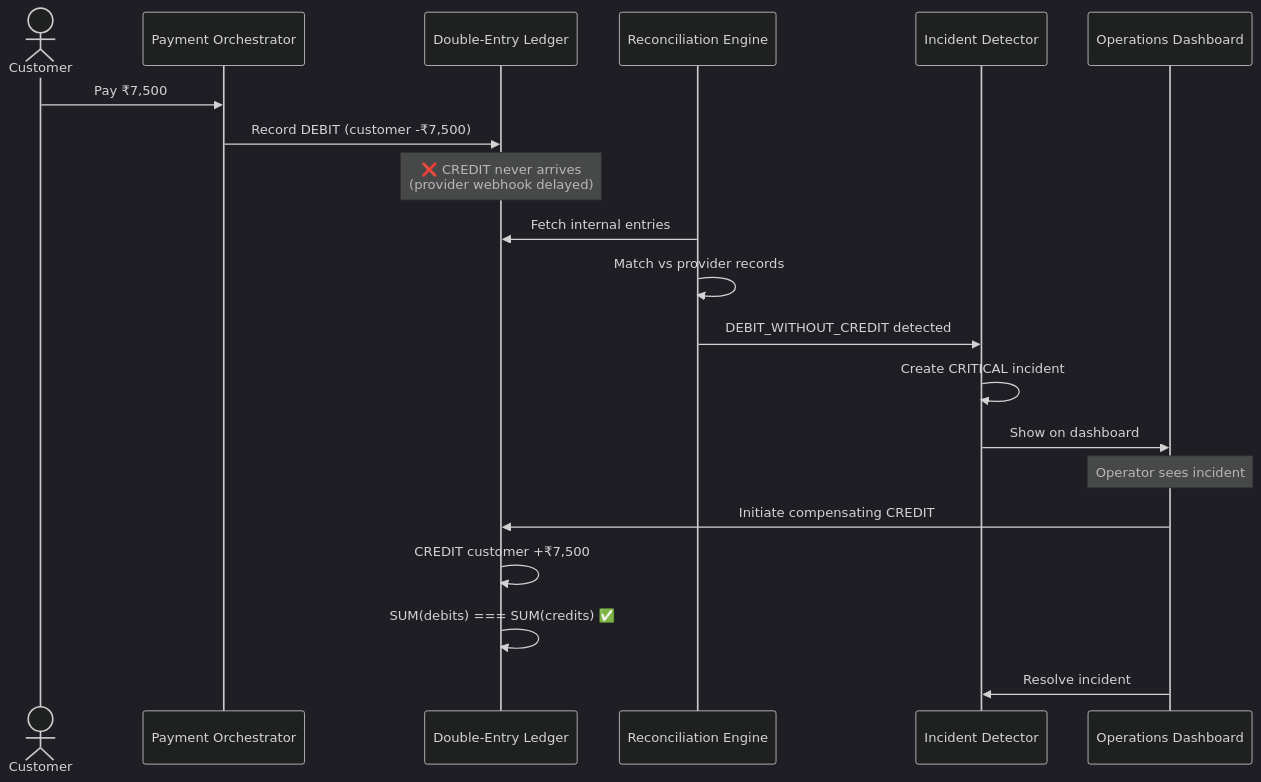
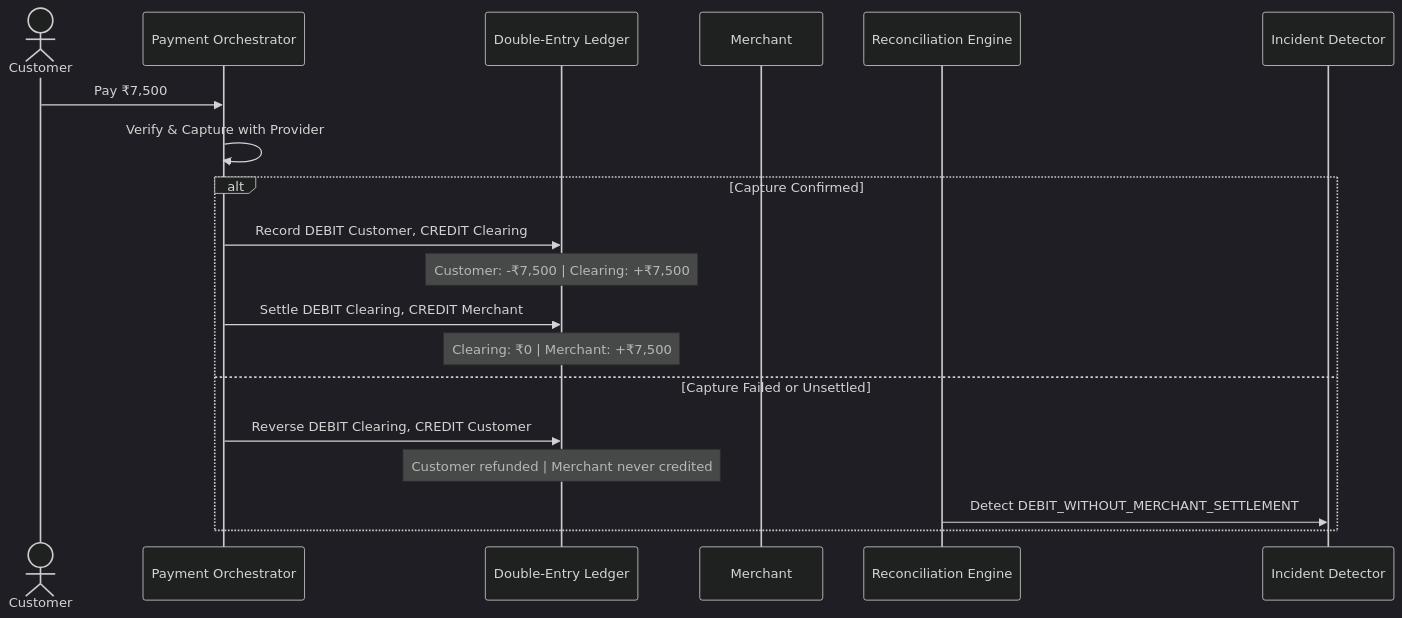
Before and after one commit to Script-Kitty01/bankverse: the second of 2 diagrams in README.md, drawn with Mermaid (dark theme). The commit also changed other lines of this file and 3 other files, not shown here.

````diff
--- a/README.md
+++ b/README.md
@@ -103,25 +103,22 @@
 ```mermaid
 sequenceDiagram
     actor C as Customer
     participant P as Payment Orchestrator
     participant L as Double-Entry Ledger
+    participant M as Merchant
     participant R as Reconciliation Engine
     participant I as Incident Detector
-    participant O as Operations Dashboard
 
     C->>P: Pay ₹7,500
-    P->>L: Record DEBIT (customer -₹7,500)
-    Note over L: ❌ CREDIT never arrives<br/>(provider webhook delayed)
-
-    R->>L: Fetch internal entries
-    R->>R: Match vs provider records
-    R->>I: DEBIT_WITHOUT_CREDIT detected
-    I->>I: Create CRITICAL incident
-    I->>O: Show on dashboard
-
-    Note over O: Operator sees incident
-    O->>L: Initiate compensating CREDIT
-    L->>L: CREDIT customer +₹7,500
-    L->>L: SUM(debits) === SUM(credits) ✅
-    O->>I: Resolve incident
+    P->>P: Verify & Capture with Provider
+    alt Capture Confirmed
+        P->>L: Record DEBIT Customer, CREDIT Clearing
+        Note over L: Customer: -₹7,500 | Clearing: +₹7,500
+        P->>L: Settle DEBIT Clearing, CREDIT Merchant
+        Note over L: Clearing: ₹0 | Merchant: +₹7,500
+    else Capture Failed or Unsettled
+        P->>L: Reverse DEBIT Clearing, CREDIT Customer
+        Note over L: Customer refunded | Merchant never credited
+        R->>I: Detect DEBIT_WITHOUT_MERCHANT_SETTLEMENT
+    end
 ```
````
